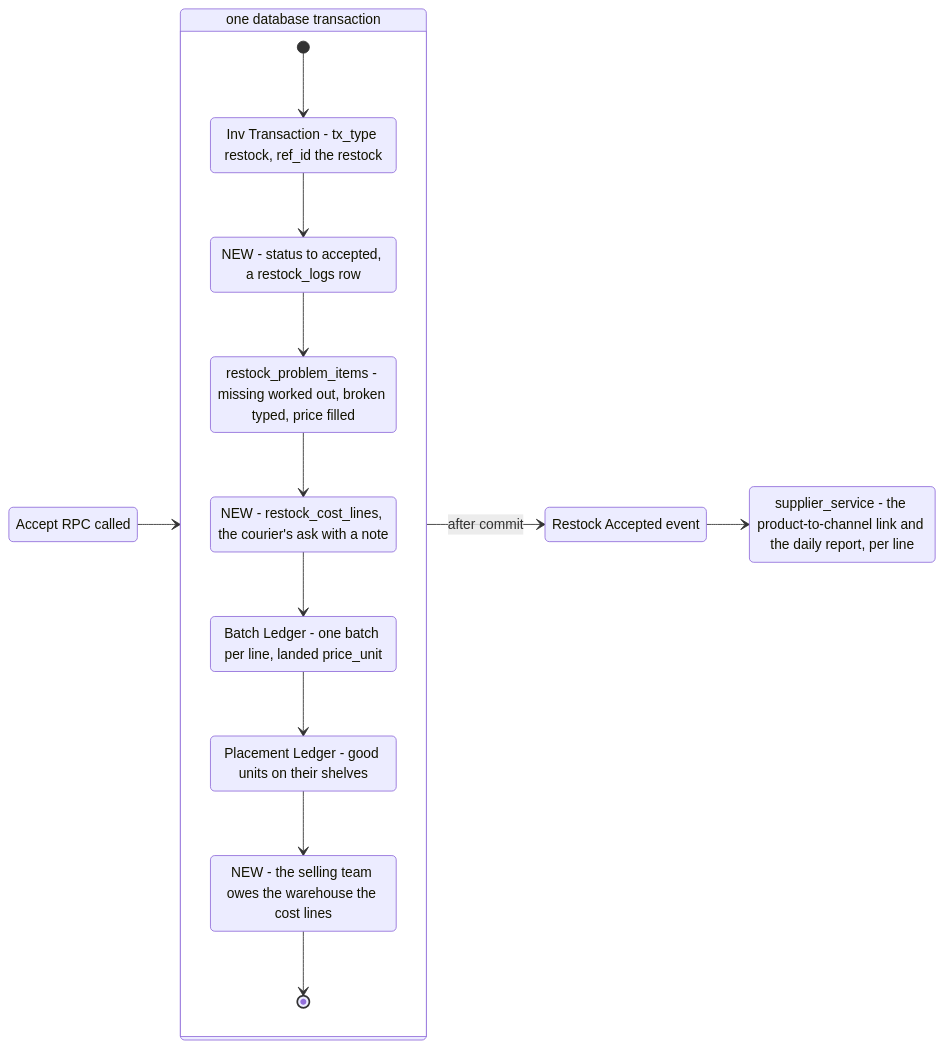
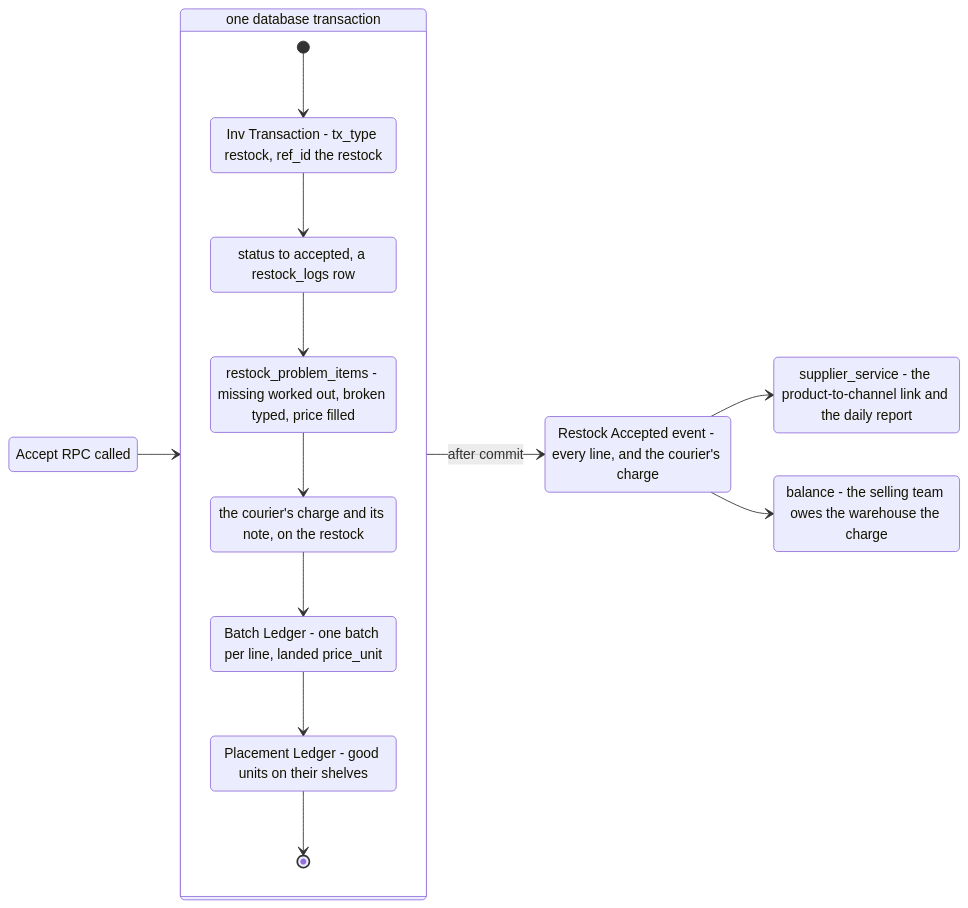
One commit to pdcgo/warehouse_revamp changed the fourth of 10 diagrams in docs/business/inventory/restock_clarify.md. Above: the diagram before and after it, drawn with Mermaid. The commit also changed other lines of this file and 11 other files, not shown here.

First line of the commit message:
docs(inventory): restock decided again — the price, the courier's debt, receiving

````diff
--- a/docs/business/inventory/restock_clarify.md
+++ b/docs/business/inventory/restock_clarify.md
@@ -359,27 +417,27 @@
 ```mermaid
 stateDiagram-v2
   direction LR
   state "Accept RPC called" as rpc
   state "one database transaction" as tx {
     state "Inv Transaction - tx_type restock, ref_id the restock" as inv
-    state "NEW - status to accepted, a restock_logs row" as st
+    state "status to accepted, a restock_logs row" as st
     state "restock_problem_items - missing worked out, broken typed, price filled" as prob
-    state "NEW - restock_cost_lines, the courier's ask with a note" as cost
+    state "the courier's charge and its note, on the restock" as cost
     state "Batch Ledger - one batch per line, landed price_unit" as bl
     state "Placement Ledger - good units on their shelves" as pl
-    state "NEW - the selling team owes the warehouse the cost lines" as owe
     [*] --> inv
     inv --> st
     st --> prob
     prob --> cost
     cost --> bl
     bl --> pl
-    pl --> owe
-    owe --> [*]
+    pl --> [*]
   }
-  state "Restock Accepted event" as evt
-  state "supplier_service - the product-to-channel link and the daily report, per line" as sup
+  state "Restock Accepted event - every line, and the courier's charge" as evt
+  state "supplier_service - the product-to-channel link and the daily report" as sup
+  state "balance - the selling team owes the warehouse the charge" as bal
   rpc --> tx
   tx --> evt: after commit
   evt --> sup
+  evt --> bal
 ```
````
